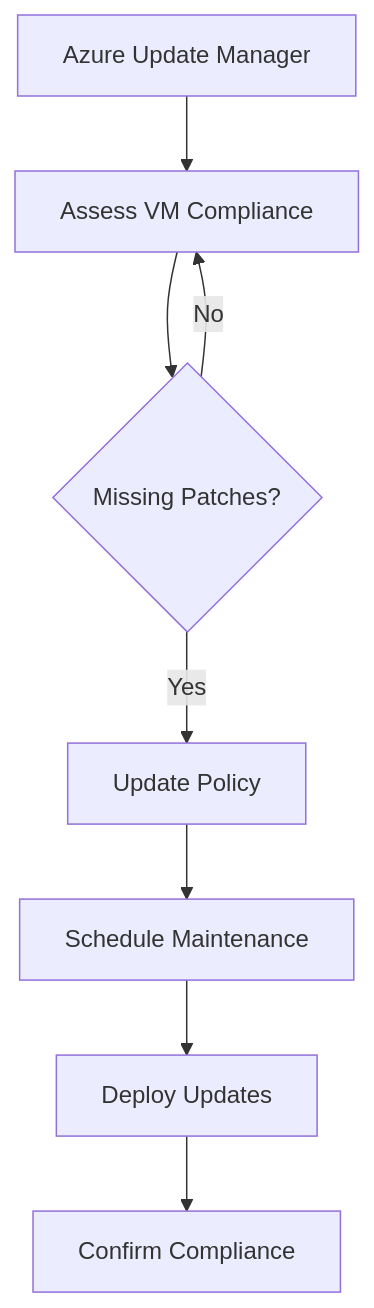
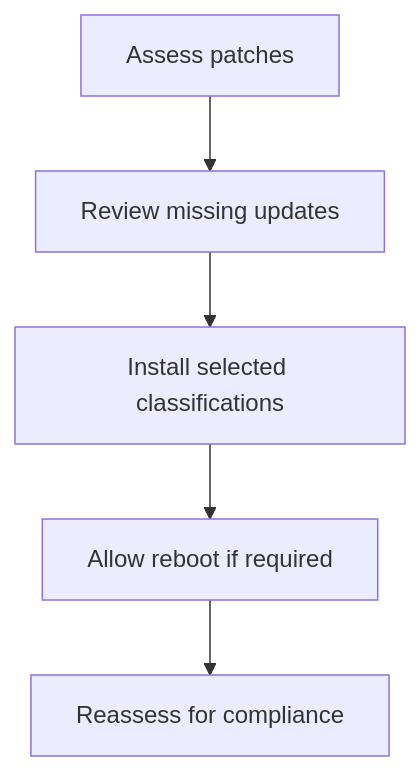
Before and after one commit to yeongseon/azure-virtual-machine-practical-guide: the diagram in docs/operations/patching.md, drawn with Mermaid. The commit also changed other lines of this file and 9 other files, not shown here.

````diff
--- a/docs/operations/patching.md
+++ b/docs/operations/patching.md
@@ -31,10 +47,7 @@
 ```mermaid
-graph TD
-    A[Azure Update Manager] --> B[Assess VM Compliance]
-    B --> C{Missing Patches?}
-    C -- Yes --> D[Update Policy]
-    D --> E[Schedule Maintenance]
-    E --> F[Deploy Updates]
-    F --> G[Confirm Compliance]
-    C -- No --> B
+flowchart TD
+    A[Assess patches] --> B[Review missing updates]
+    B --> C[Install selected classifications]
+    C --> D[Allow reboot if required]
+    D --> E[Reassess for compliance]
 ```
````
